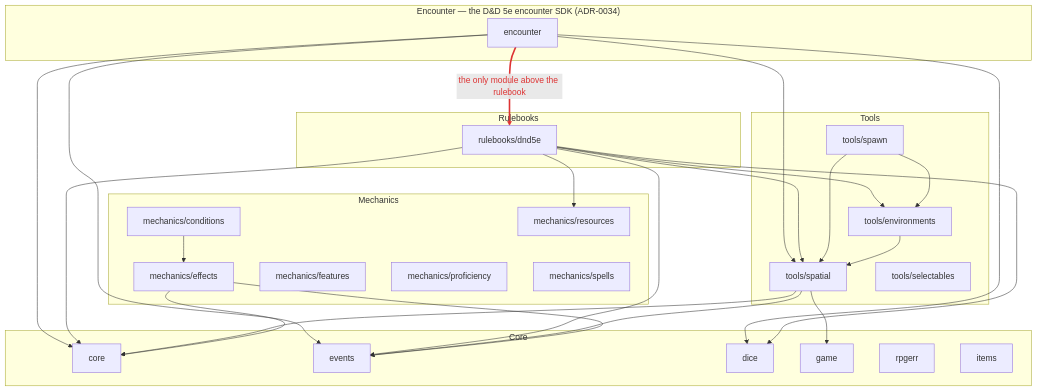
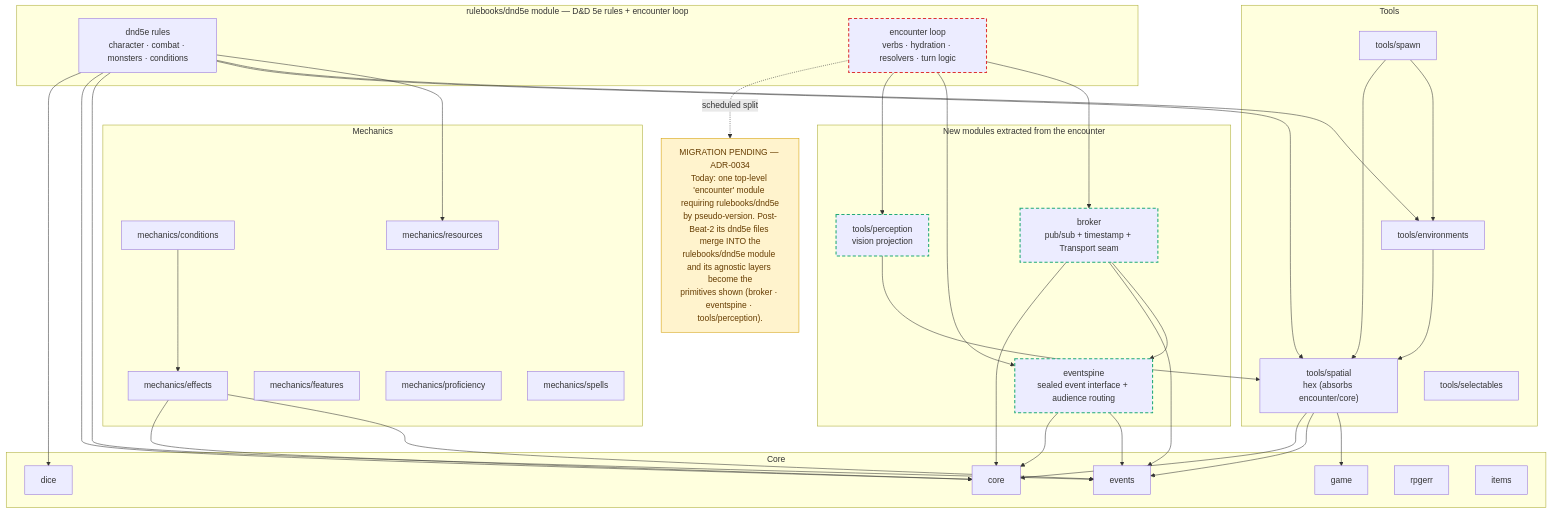
Before and after one commit to KirkDiggler/rpg-toolkit: the first of 2 diagrams in docs/architecture/overview.md, drawn with Mermaid. The commit also changed other lines of this file and 1 other file, not shown here.

First line of the commit message:
docs(adr): amend ADR-0034 — the decision is a SPLIT (encounter loop into rulebook, agnostic layers become primitives) (#732)

````diff
--- a/docs/architecture/overview.md
+++ b/docs/architecture/overview.md
@@ -31,42 +33,54 @@
 ```mermaid
 flowchart TD
-  subgraph ENCL["Encounter — the D&D 5e encounter SDK (ADR-0034)"]
-    ENC["encounter"]
+  subgraph RB["rulebooks/dnd5e module — D&D 5e rules + encounter loop"]
+    DND["dnd5e rules<br/>character · combat · monsters · conditions"]
+    ENC["encounter loop<br/>verbs · hydration · resolvers · turn logic"]
   end
-  subgraph RB["Rulebooks"]
-    DND["rulebooks/dnd5e"]
+  subgraph PRIM["New modules extracted from the encounter"]
+    BROKER["broker<br/>pub/sub + timestamp + Transport seam"]
+    SPINE["eventspine<br/>sealed event interface + audience routing"]
+    PERC["tools/perception<br/>vision projection"]
   end
   subgraph TOOLS["Tools"]
-    SPATIAL["tools/spatial"]
+    SPATIAL["tools/spatial<br/>hex (absorbs encounter/core)"]
     ENV["tools/environments"]
     SEL["tools/selectables"]
     SPAWN["tools/spawn"]
   end
   subgraph MECH["Mechanics"]
     EFFECTS["mechanics/effects"]
     COND["mechanics/conditions"]
     RES["mechanics/resources"]
     FEAT["mechanics/features"]
     PROF["mechanics/proficiency"]
     SPELLS["mechanics/spells"]
   end
   subgraph CORELYR["Core"]
     C["core"]
     EV["events"]
     DICE["dice"]
     GAME["game"]
     ERR["rpgerr"]
     ITEMS["items"]
   end
 
-  ENC ==>|"the only module above the rulebook"| DND
-  ENC --> SPATIAL & EV & C & DICE
+  ENC --> BROKER & SPINE & PERC
   DND --> RES & ENV & SPATIAL & EV & C & DICE
+  BROKER --> SPINE & EV & C
+  SPINE --> EV & C
+  PERC --> SPATIAL
   SPAWN --> ENV & SPATIAL
   ENV --> SPATIAL
   SPATIAL --> GAME & EV & C
   COND --> EFFECTS
   EFFECTS --> EV & C
 
-  linkStyle 0 stroke:#d33,stroke-width:3px,color:#d33
+  MIG["MIGRATION PENDING — ADR-0034<br/>Today: one top-level 'encounter' module requiring rulebooks/dnd5e<br/>by pseudo-version. Post-Beat-2 its dnd5e files merge INTO the<br/>rulebooks/dnd5e module and its agnostic layers become the<br/>primitives shown (broker · eventspine · tools/perception)."]
+  ENC -.->|"scheduled split"| MIG
+
+  style ENC stroke:#d33,stroke-width:2px,stroke-dasharray:6 4
+  style BROKER stroke:#2a7,stroke-width:2px,stroke-dasharray:6 4
+  style SPINE stroke:#2a7,stroke-width:2px,stroke-dasharray:6 4
+  style PERC stroke:#2a7,stroke-width:2px,stroke-dasharray:6 4
+  style MIG fill:#fff3cd,stroke:#d39e00,color:#663c00
 ```
````
